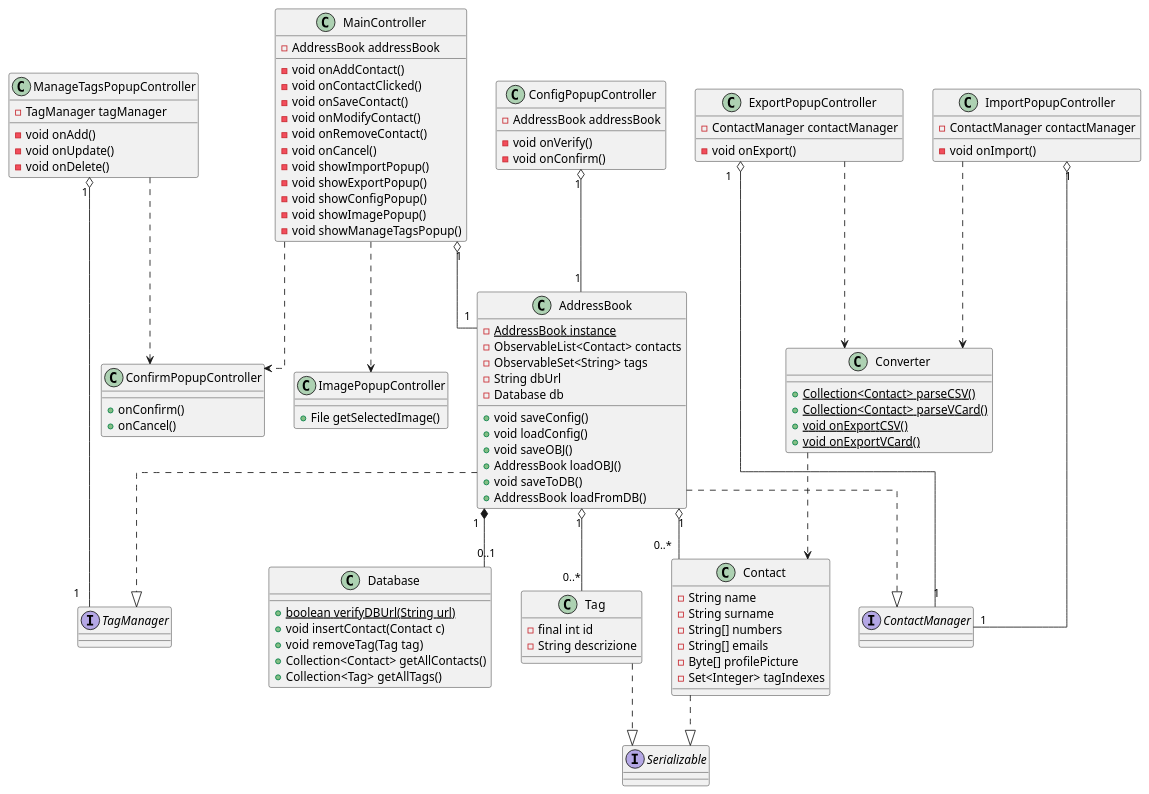
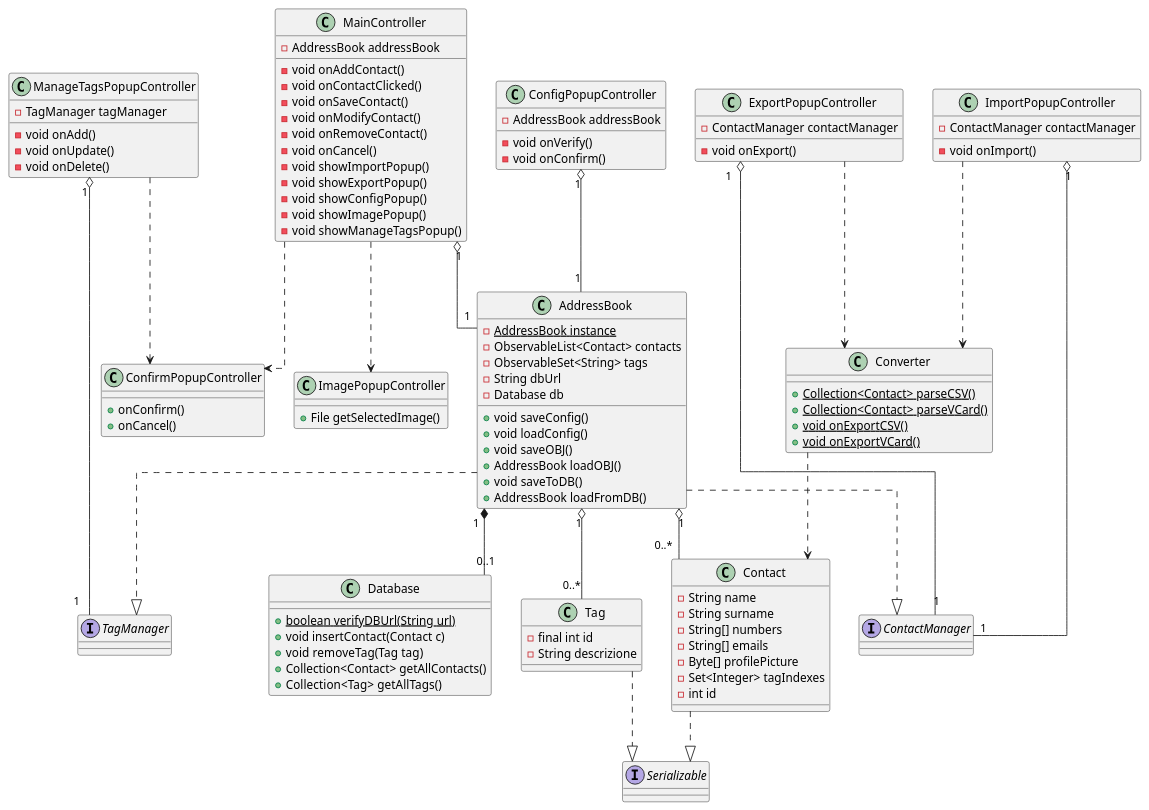
Before and after one commit to savaava/ProgettoRubrica: the diagram in documenti/diagrammi di classe/puml/diagrammaClassiEssenziale.puml, drawn with PlantUML. The commit also changed 6 other files, not shown here.

```diff
--- a/documenti/diagrammi di classe/puml/diagrammaClassiEssenziale.puml
+++ b/documenti/diagrammi di classe/puml/diagrammaClassiEssenziale.puml
@@ -1,137 +1,138 @@
 @startuml DiagrammaClassiEssenziale
 skinparam linetype ortho
 'left to right direction
 
 
 '****************** CLASSI ******************
 class Contact {
     - String name 
     - String surname 
     - String[] numbers
     - String[] emails
     - Byte[] profilePicture
     - Set<Integer> tagIndexes  
+    - int id
 }
 
 class AddressBook {
     - {static} AddressBook instance
     - ObservableList<Contact> contacts
     - ObservableSet<String> tags
     - String dbUrl
     - Database db
 
     + void saveConfig()
     + void loadConfig()
     + void saveOBJ()
     + AddressBook loadOBJ()
     + void saveToDB()
     + AddressBook loadFromDB()    
 }
 
 class MainController {
     - AddressBook addressBook
 
     - void onAddContact()
     - void onContactClicked()
     - void onSaveContact()
     - void onModifyContact()
     - void onRemoveContact()
     - void onCancel()
     - void showImportPopup()
     - void showExportPopup()
     - void showConfigPopup()
     - void showImagePopup()
     - void showManageTagsPopup()
 }
 
 class Converter {
     + {static} Collection<Contact> parseCSV()
     + {static} Collection<Contact> parseVCard()
     + {static} void onExportCSV()
     + {static} void onExportVCard()
 }
 
 class ImportPopupController {
     - ContactManager contactManager
     - void onImport()
 }
 
 class ExportPopupController {
     - ContactManager contactManager
     - void onExport()
 }
 
 class ManageTagsPopupController {
     - TagManager tagManager
     - void onAdd()
     - void onUpdate()
     - void onDelete()
 }
 
 class ImagePopupController {
     + File getSelectedImage()
 }
 
 class ConfirmPopupController {
     + onConfirm()
     + onCancel()
 }
 
 class ConfigPopupController {
     - AddressBook addressBook
 
     - void onVerify()
     - void onConfirm()
 }
 
 class Tag {
     - final int id
     - String descrizione
 }
 
 class Database {
     + {static} boolean verifyDBUrl(String url)
     + void insertContact(Contact c)
     + void removeTag(Tag tag)
     + Collection<Contact> getAllContacts()
     + Collection<Tag> getAllTags()
 } 
 
 '****************** INTERFACCE ******************
 interface Serializable
 
 interface TagManager {
 }
 
 interface ContactManager {
 }
 
 '****************** RELAZIONI ******************
 Contact ..|> Serializable
 
 Tag ..|> Serializable
 
 AddressBook "1" o-- "0..*" Contact
 AddressBook "1" *-- "0..1" Database
 AddressBook "1" o-- "0..*" Tag
 AddressBook ..|> TagManager
 AddressBook ..|> ContactManager
 
 MainController "1" o-- "1" AddressBook
 MainController ..> ImagePopupController
 MainController ..> ConfirmPopupController
 
 Converter ..> Contact
 
 ImportPopupController "1" o-- "1" ContactManager
 ImportPopupController ..> Converter
 
 ExportPopupController "1" o-- "1" ContactManager
 ExportPopupController ..> Converter
 
 ManageTagsPopupController ..> ConfirmPopupController
 ManageTagsPopupController "1" o-- "1" TagManager
 
 ConfigPopupController "1" o-- "1" AddressBook
 
 @enduml
```
